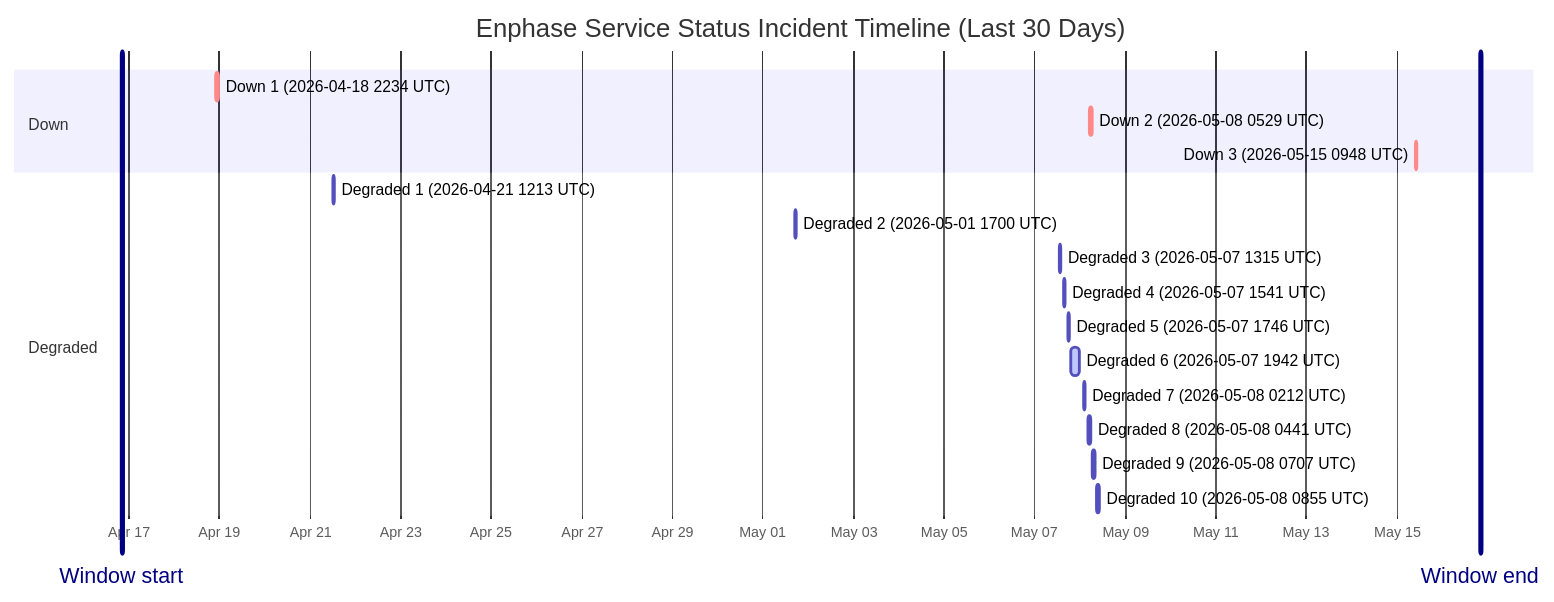
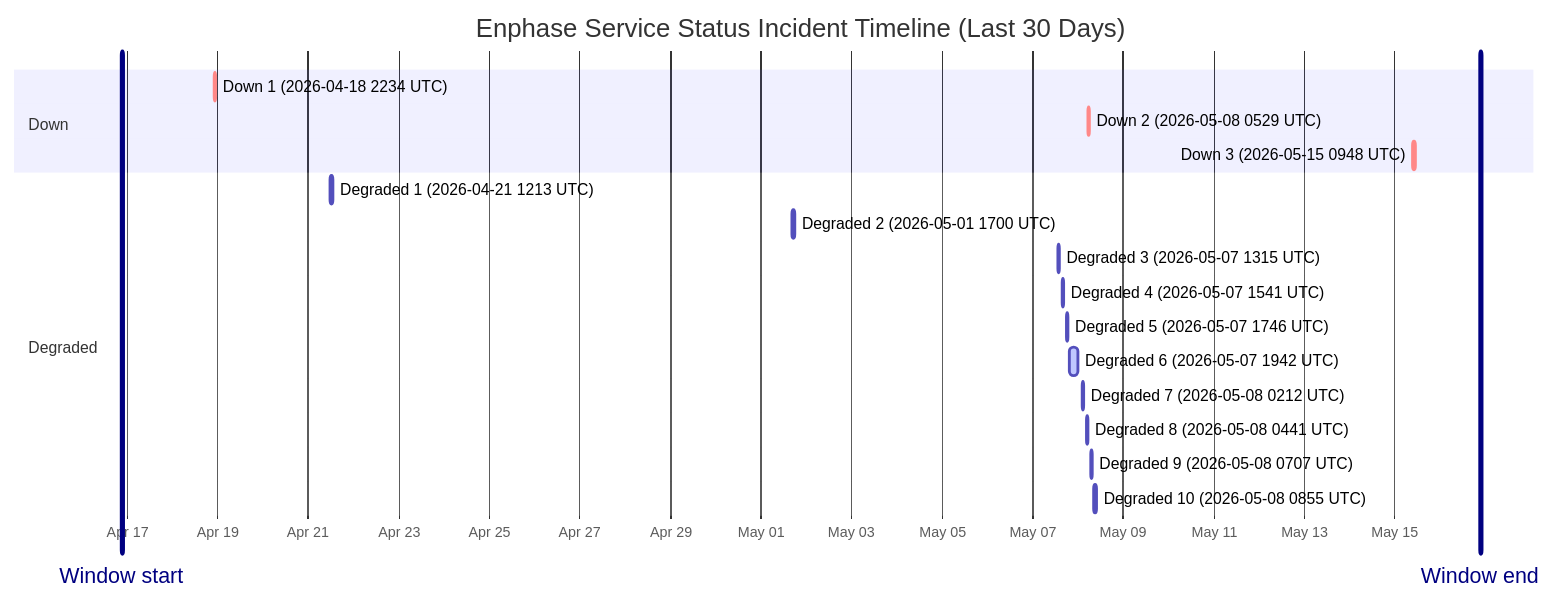
Before and after one commit to barneyonline/ha-enphase-ev-charger: the diagram in wiki/Service-Status-History.md, drawn with Mermaid. The commit also changed other lines of this file and 3 other files, not shown here.

````diff
--- a/wiki/Service-Status-History.md
+++ b/wiki/Service-Status-History.md
@@ -14,23 +14,23 @@
 ```mermaid
 gantt
     title Enphase Service Status Incident Timeline (Last 30 Days)
     dateFormat  YYYY-MM-DDTHH:mm:ss
     axisFormat  %b %d
-    Window start :vert, window-start, 2026-04-16T20:10:32, 0ms
-    Window end :vert, window-end, 2026-05-16T20:10:32, 0ms
+    Window start :vert, window-start, 2026-04-16T21:11:25, 0ms
+    Window end :vert, window-end, 2026-05-16T21:11:25, 0ms
     section Down
     Down 1 (2026-04-18 2234 UTC) :crit, down-1, 2026-04-18T22:34:13, 60m
     Down 2 (2026-05-08 0529 UTC) :crit, down-2, 2026-05-08T05:29:47, 60m
     Down 3 (2026-05-15 0948 UTC) :crit, down-3, 2026-05-15T09:48:18, 60m
     section Degraded
     Degraded 1 (2026-04-21 1213 UTC) :active, degraded-1, 2026-04-21T12:13:11, 60m
     Degraded 2 (2026-05-01 1700 UTC) :active, degraded-2, 2026-05-01T17:00:22, 60m
     Degraded 3 (2026-05-07 1315 UTC) :active, degraded-3, 2026-05-07T13:15:25, 60m
     Degraded 4 (2026-05-07 1541 UTC) :active, degraded-4, 2026-05-07T15:41:58, 60m
     Degraded 5 (2026-05-07 1746 UTC) :active, degraded-5, 2026-05-07T17:46:51, 60m
     Degraded 6 (2026-05-07 1942 UTC) :active, degraded-6, 2026-05-07T19:42:10, 249m
     Degraded 7 (2026-05-08 0212 UTC) :active, degraded-7, 2026-05-08T02:12:39, 60m
     Degraded 8 (2026-05-08 0441 UTC) :active, degraded-8, 2026-05-08T04:41:46, 60m
     Degraded 9 (2026-05-08 0707 UTC) :active, degraded-9, 2026-05-08T07:07:30, 60m
     Degraded 10 (2026-05-08 0855 UTC) :active, degraded-10, 2026-05-08T08:55:20, 88m
 ```
````
